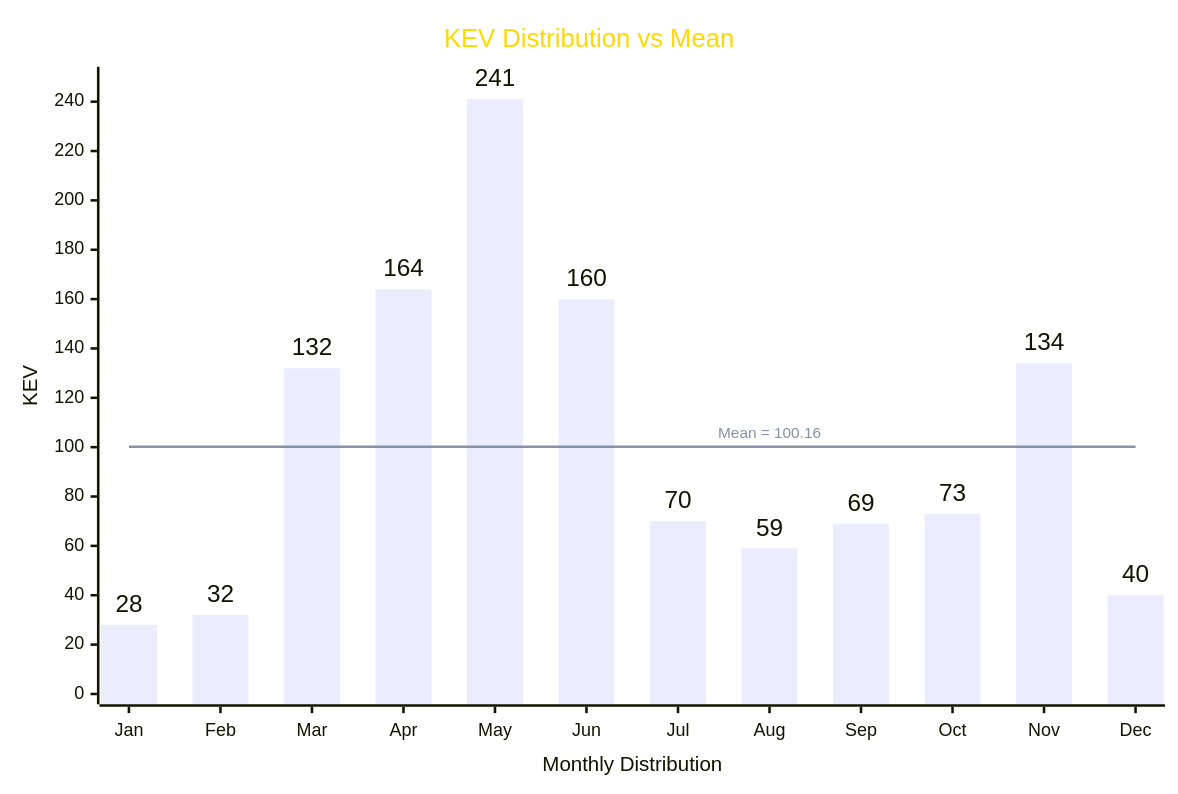
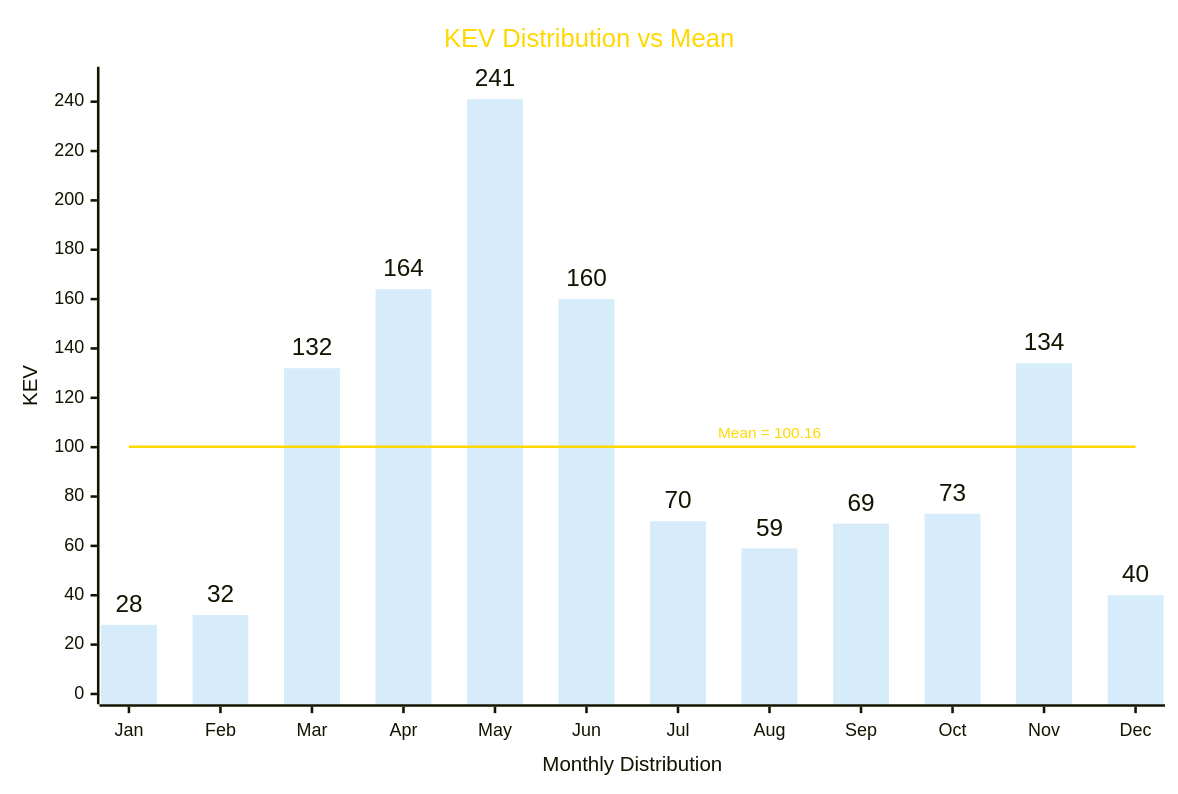
Before and after one commit to myseq/makeshift: the diagram in mdfiles/cisakev36m.md, drawn with Mermaid.

Commit message:
updated data

````diff
--- a/mdfiles/cisakev36m.md
+++ b/mdfiles/cisakev36m.md
@@ -3,20 +3,22 @@
 ```mermaid
 ---
 config:
     xyChart:
         width: 900
         height: 600
         showDataLabel: true
         showDataLabelOutsideBar: true
     themeVariables:
         xyChart:
             titleColor: "#ffd800"
+            plotColorPalette: '#36A2EB33, #ffd800'
+
 ---
 xychart
     title "KEV Distribution vs Mean"
     x-axis "Monthly Distribution" [Jan, Feb, Mar, Apr, May, Jun, Jul, Aug, Sep, Oct, Nov, Dec]
     y-axis "KEV" 0 --> 250
     bar [28, 32, 132, 164, 241, 160, 70, 59, 69, 73, 134, 40]
     line [100.16, 100.16, 100.16, 100.16, 100.16, 100.16, 100.16, 100.16 "Mean = 100.16", 100.16, 100.16, 100.16, 100.16]
 
 ```
````
